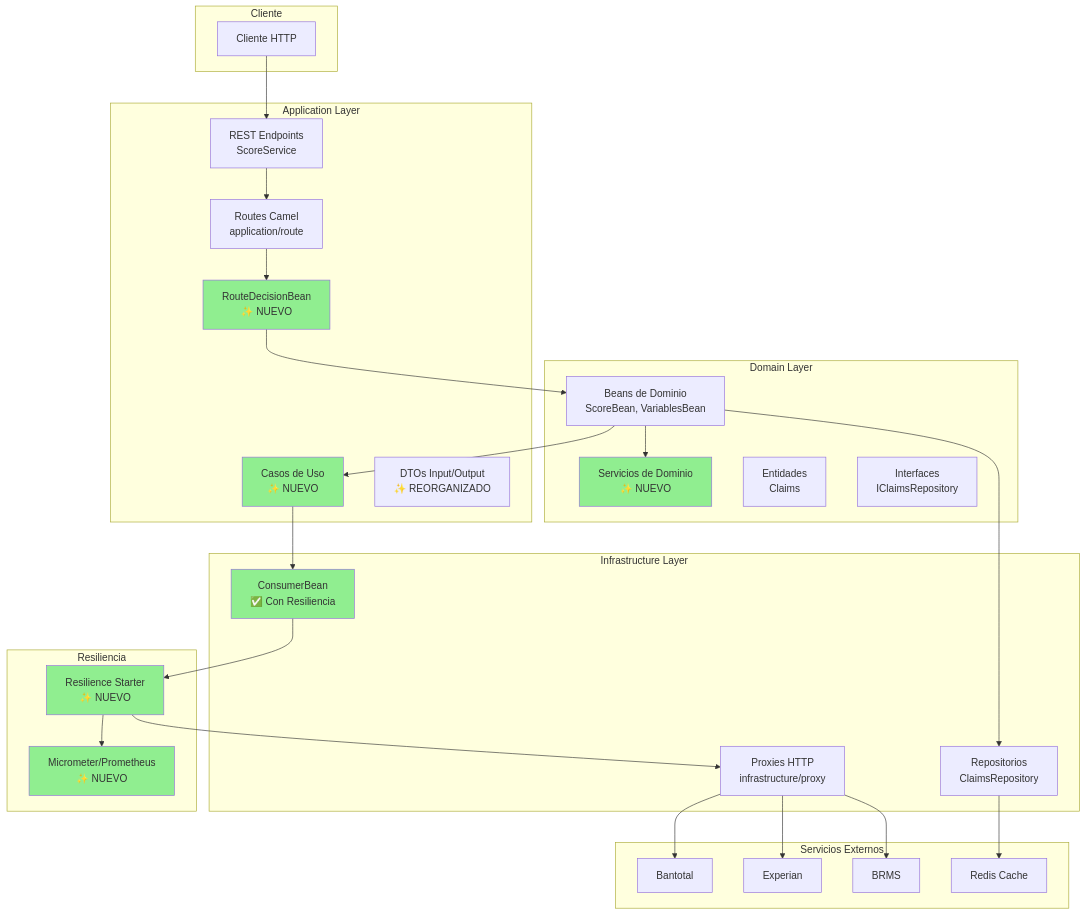
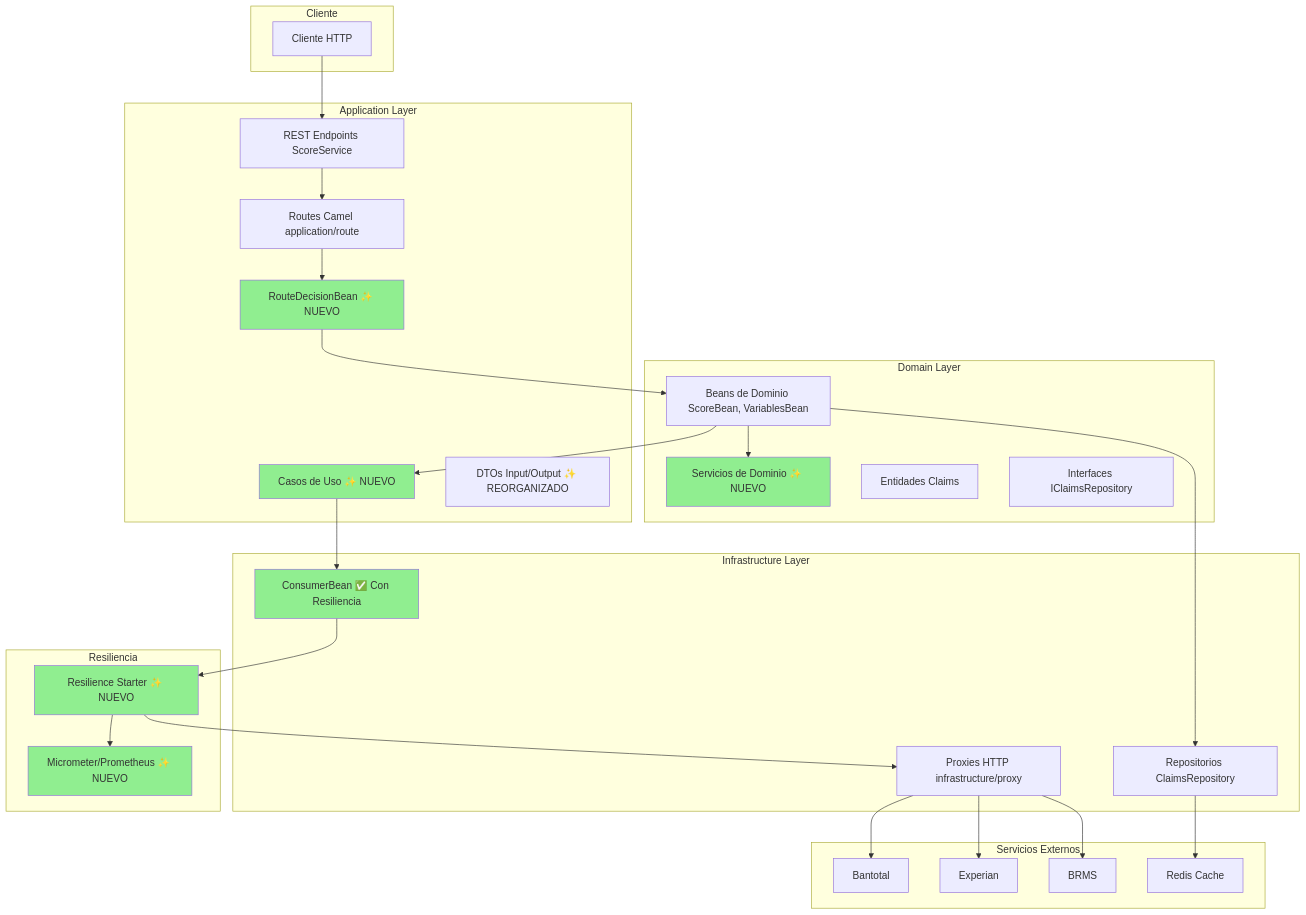
Before and after one commit to rrondinel/documents: the second of 27 diagrams in DIAGRAMAS_MERMAID_COMPARATIVOS.md, drawn with Mermaid. The commit also changed other lines of this file, not shown here.

````diff
--- a/DIAGRAMAS_MERMAID_COMPARATIVOS.md
+++ b/DIAGRAMAS_MERMAID_COMPARATIVOS.md
@@ -62,62 +62,62 @@
 ```mermaid
 graph TB
     subgraph "Cliente"
         Client[Cliente HTTP]
     end
     
     subgraph "Application Layer"
-        REST[REST Endpoints<br/>ScoreService]
-        Routes[Routes Camel<br/>application/route]
-        RouteDecision[RouteDecisionBean<br/>✨ NUEVO]
-        UseCases[Casos de Uso<br/>✨ NUEVO]
-        DTOs[DTOs Input/Output<br/>✨ REORGANIZADO]
+        REST["REST Endpoints ScoreService"]
+        Routes["Routes Camel application/route"]
+        RouteDecision["RouteDecisionBean ✨ NUEVO"]
+        UseCases["Casos de Uso ✨ NUEVO"]
+        DTOs["DTOs Input/Output ✨ REORGANIZADO"]
     end
     
     subgraph "Domain Layer"
-        DomainBeans[Beans de Dominio<br/>ScoreBean, VariablesBean]
-        DomainServices[Servicios de Dominio<br/>✨ NUEVO]
-        DomainEntity[Entidades<br/>Claims]
-        DomainRepo[Interfaces<br/>IClaimsRepository]
+        DomainBeans["Beans de Dominio ScoreBean, VariablesBean"]
+        DomainServices["Servicios de Dominio ✨ NUEVO"]
+        DomainEntity["Entidades Claims"]
+        DomainRepo["Interfaces IClaimsRepository"]
     end
     
     subgraph "Infrastructure Layer"
-        InfraBean[ConsumerBean<br/>✅ Con Resiliencia]
-        Proxy[Proxies HTTP<br/>infrastructure/proxy]
-        Repo[Repositorios<br/>ClaimsRepository]
+        InfraBean["ConsumerBean ✅ Con Resiliencia"]
+        Proxy["Proxies HTTP infrastructure/proxy"]
+        Repo["Repositorios ClaimsRepository"]
     end
     
     subgraph "Resiliencia"
-        Resilience[Resilience Starter<br/>✨ NUEVO]
-        Metrics[Micrometer/Prometheus<br/>✨ NUEVO]
+        Resilience["Resilience Starter ✨ NUEVO"]
+        Metrics["Micrometer/Prometheus ✨ NUEVO"]
     end
     
     subgraph "Servicios Externos"
         Bantotal[Bantotal]
         Experian[Experian]
         BRMS[BRMS]
         Redis[Redis Cache]
     end
     
     Client --> REST
     REST --> Routes
     Routes --> RouteDecision
     RouteDecision --> DomainBeans
     DomainBeans --> DomainServices
     DomainBeans --> UseCases
     UseCases --> InfraBean
     InfraBean --> Resilience
     Resilience --> Proxy
     Proxy --> Bantotal
     Proxy --> Experian
     Proxy --> BRMS
     DomainBeans --> Repo
     Repo --> Redis
     Resilience --> Metrics
     
     style Resilience fill:#90EE90
     style Metrics fill:#90EE90
     style RouteDecision fill:#90EE90
     style DomainServices fill:#90EE90
     style UseCases fill:#90EE90
     style InfraBean fill:#90EE90
 ```
````
